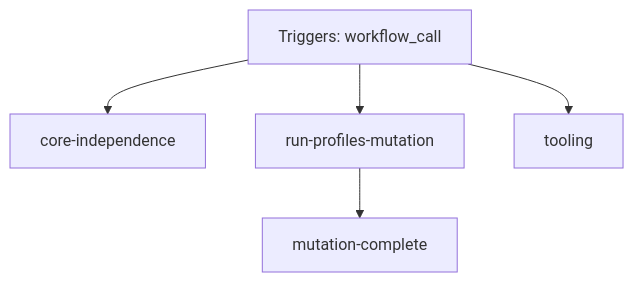
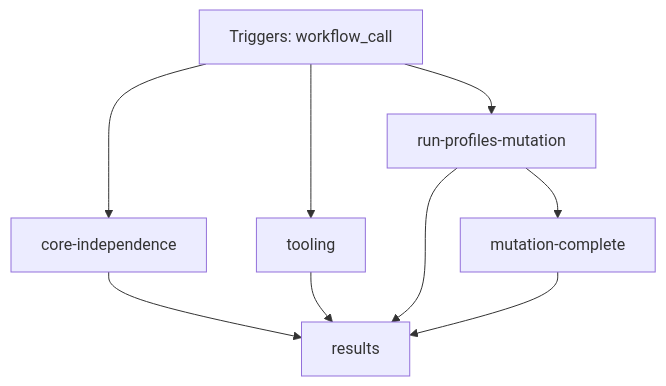
One commit to FrenchExDev2/QuietCli.PoSh changed the second of 2 diagrams in docs/ci/github/script-tooling-ci.md. Above: the diagram before and after it, drawn with Mermaid. The commit also changed other lines of this file and 14 other files, not shown here.

Commit message:
Separate functional mutation and completeness CI results

```diff
--- a/docs/ci/github/script-tooling-ci.md
+++ b/docs/ci/github/script-tooling-ci.md
@@ -57,12 +66,17 @@
 ~~~mermaid
 flowchart TD
     event["Triggers: workflow_call"]
     job_core_independence["core-independence"]
     job_mutation_complete["mutation-complete"]
+    job_results["results"]
     job_run_profiles_mutation["run-profiles-mutation"]
     job_tooling["tooling"]
     event --> job_core_independence
     job_run_profiles_mutation --> job_mutation_complete
+    job_core_independence --> job_results
+    job_tooling --> job_results
+    job_run_profiles_mutation --> job_results
+    job_mutation_complete --> job_results
     event --> job_run_profiles_mutation
     event --> job_tooling
 ~~~
```
